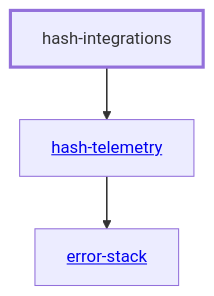
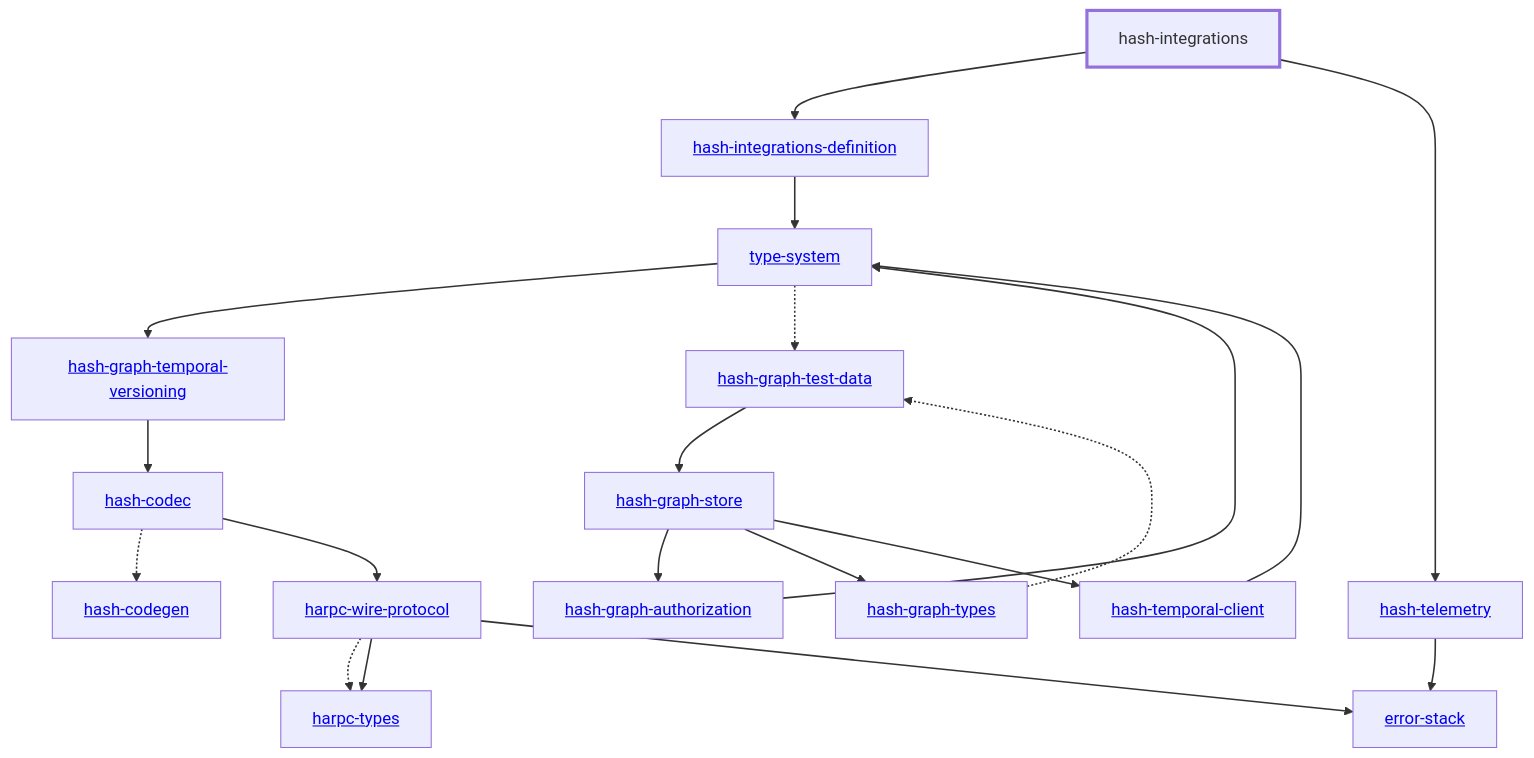
The diagram in apps/hash-integrations/docs/dependency-diagram.mmd (hashintel/hash), drawn with Mermaid before and after one commit. The commit also changed 17 other files, not shown here.

```diff
--- a/apps/hash-integrations/docs/dependency-diagram.mmd
+++ b/apps/hash-integrations/docs/dependency-diagram.mmd
@@ -1,16 +1,45 @@
 graph TD
     linkStyle default stroke-width:1.5px
     classDef default stroke-width:1px
     classDef root stroke-width:3px
     classDef dev stroke-width:1px
     classDef build stroke-width:1px
     %% Legend
     %% --> : Normal dependency
     %% -.-> : Dev dependency
     %% ---> : Build dependency
     0[hash-integrations]
     class 0 root
-    1[<a href="../hash_telemetry/index.html">hash-telemetry</a>]
-    2[<a href="../error_stack/index.html">error-stack</a>]
-    0 --> 1
-    1 --> 2
+    1[<a href="../type_system/index.html">type-system</a>]
+    2[<a href="../hash_codec/index.html">hash-codec</a>]
+    3[<a href="../hash_codegen/index.html">hash-codegen</a>]
+    4[<a href="../hash_graph_authorization/index.html">hash-graph-authorization</a>]
+    5[<a href="../hash_graph_store/index.html">hash-graph-store</a>]
+    6[<a href="../hash_graph_temporal_versioning/index.html">hash-graph-temporal-versioning</a>]
+    7[<a href="../hash_graph_types/index.html">hash-graph-types</a>]
+    8[<a href="../harpc_types/index.html">harpc-types</a>]
+    9[<a href="../harpc_wire_protocol/index.html">harpc-wire-protocol</a>]
+    10[<a href="../hash_integrations_definition/index.html">hash-integrations-definition</a>]
+    11[<a href="../hash_telemetry/index.html">hash-telemetry</a>]
+    12[<a href="../hash_temporal_client/index.html">hash-temporal-client</a>]
+    13[<a href="../error_stack/index.html">error-stack</a>]
+    14[<a href="../hash_graph_test_data/index.html">hash-graph-test-data</a>]
+    0 --> 10
+    0 --> 11
+    1 --> 6
+    1 -.-> 14
+    2 -.-> 3
+    2 --> 9
+    4 --> 1
+    5 --> 4
+    5 --> 7
+    5 --> 12
+    6 --> 2
+    7 -.-> 14
+    9 -.-> 8
+    9 --> 8
+    9 --> 13
+    10 --> 1
+    11 --> 13
+    12 --> 1
+    14 --> 5
```
